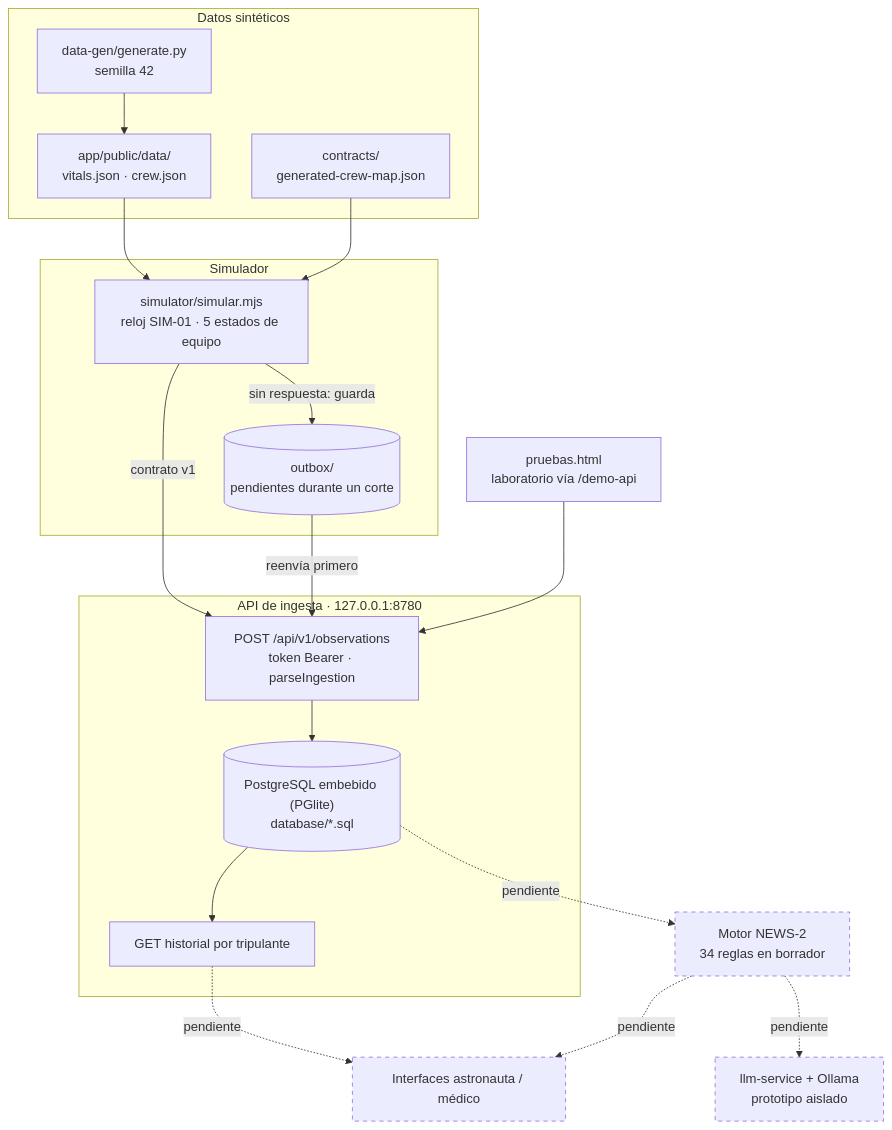
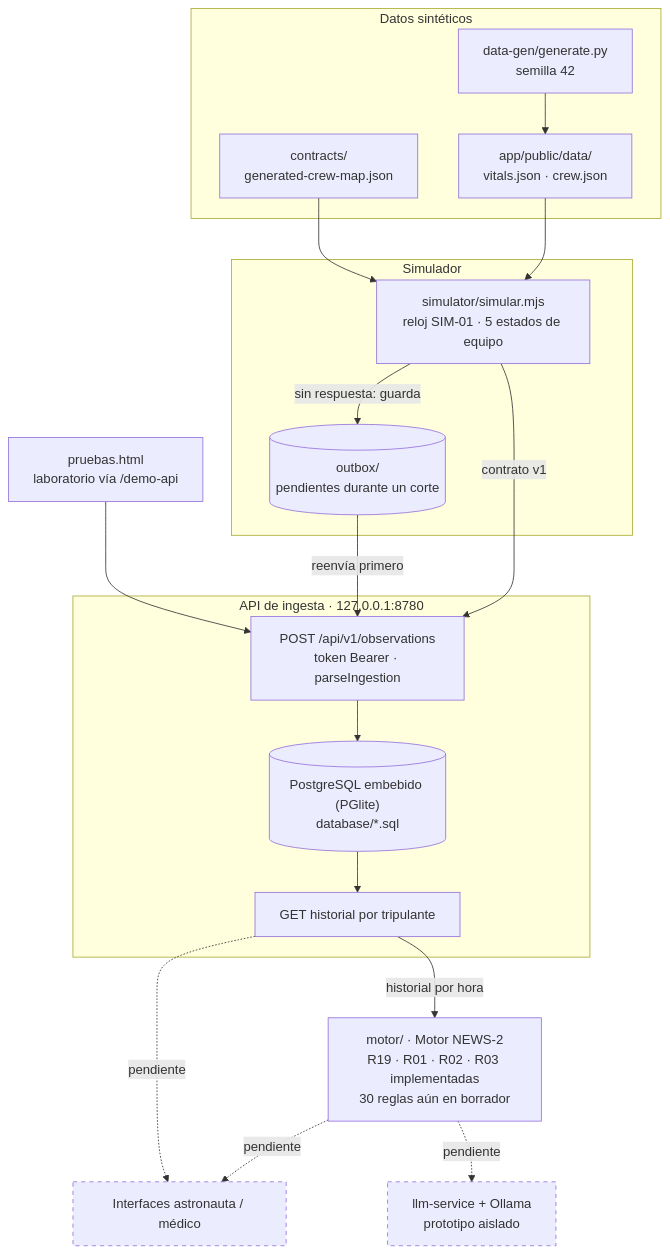
The diagram in README.md (alexandersoliscama-coder/KAWSAY), drawn with Mermaid before and after one commit. The commit also changed other lines of this file and 28 other files, not shown here.

````diff
--- a/README.md
+++ b/README.md
@@ -31,38 +31,38 @@
 ```mermaid
 flowchart TB
   subgraph Datos["Datos sintéticos"]
     GEN["data-gen/generate.py<br/>semilla 42"] --> VIT["app/public/data/<br/>vitals.json · crew.json"]
     MAP["contracts/<br/>generated-crew-map.json"]
   end
 
   subgraph Sim["Simulador"]
     SIM["simulator/simular.mjs<br/>reloj SIM-01 · 5 estados de equipo"]
     OUT[("outbox/<br/>pendientes durante un corte")]
   end
 
   subgraph API["API de ingesta · 127.0.0.1:8780"]
     REC["POST /api/v1/observations<br/>token Bearer · parseIngestion"]
     DB[("PostgreSQL embebido (PGlite)<br/>database/*.sql")]
     HIS["GET historial por tripulante"]
   end
 
   VIT --> SIM
   MAP --> SIM
   SIM -- "contrato v1" --> REC
   SIM -- "sin respuesta: guarda" --> OUT
   OUT -- "reenvía primero" --> REC
   REC --> DB --> HIS
   LAB["pruebas.html<br/>laboratorio vía /demo-api"] --> REC
 
-  NEWS["Motor NEWS-2<br/>34 reglas en borrador"]
+  NEWS["motor/ · Motor NEWS-2<br/>R19 · R01 · R02 · R03 implementadas<br/>30 reglas aún en borrador"]
   UI["Interfaces astronauta / médico"]
   LLM["llm-service + Ollama<br/>prototipo aislado"]
 
-  DB -. pendiente .-> NEWS
+  HIS -- "historial por hora" --> NEWS
   NEWS -. pendiente .-> UI
   HIS -. pendiente .-> UI
   NEWS -. pendiente .-> LLM
 
   classDef pend stroke-dasharray: 5 5
-  class NEWS,UI,LLM pend
+  class UI,LLM pend
 ```
````
